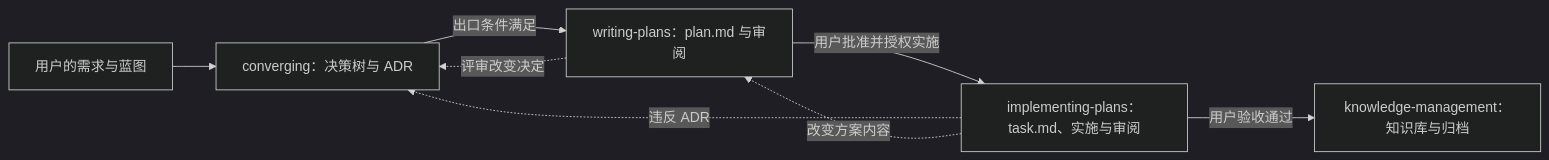
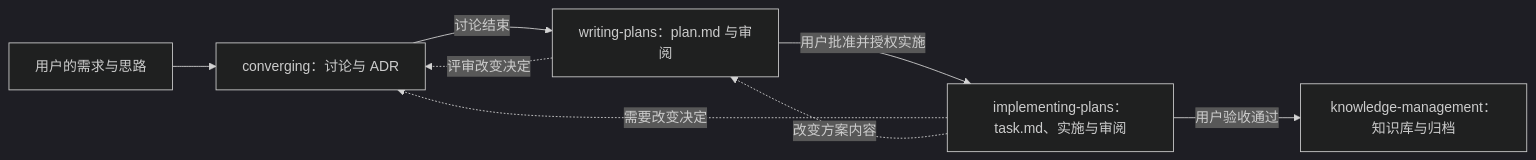
The diagram in skills/using-rivo/SKILL.md (reflux-studio/rivo), drawn with Mermaid (dark theme) before and after one commit. The commit also changed other lines of this file and 28 other files, not shown here.

````diff
--- a/skills/using-rivo/SKILL.md
+++ b/skills/using-rivo/SKILL.md
@@ -30,10 +30,10 @@
 ```mermaid
 flowchart LR
-    User[用户的需求与蓝图] --> C[converging：决策树与 ADR]
-    C -->|出口条件满足| P[writing-plans：plan.md 与审阅]
+    User[用户的需求与思路] --> C[converging：讨论与 ADR]
+    C -->|讨论结束| P[writing-plans：plan.md 与审阅]
     P -->|用户批准并授权实施| F[implementing-plans：task.md、实施与审阅]
     F -->|用户验收通过| D[knowledge-management：知识库与归档]
     P -.评审改变决定.-> C
-    F -.违反 ADR.-> C
+    F -.需要改变决定.-> C
     F -.改变方案内容.-> P
 ```
````
